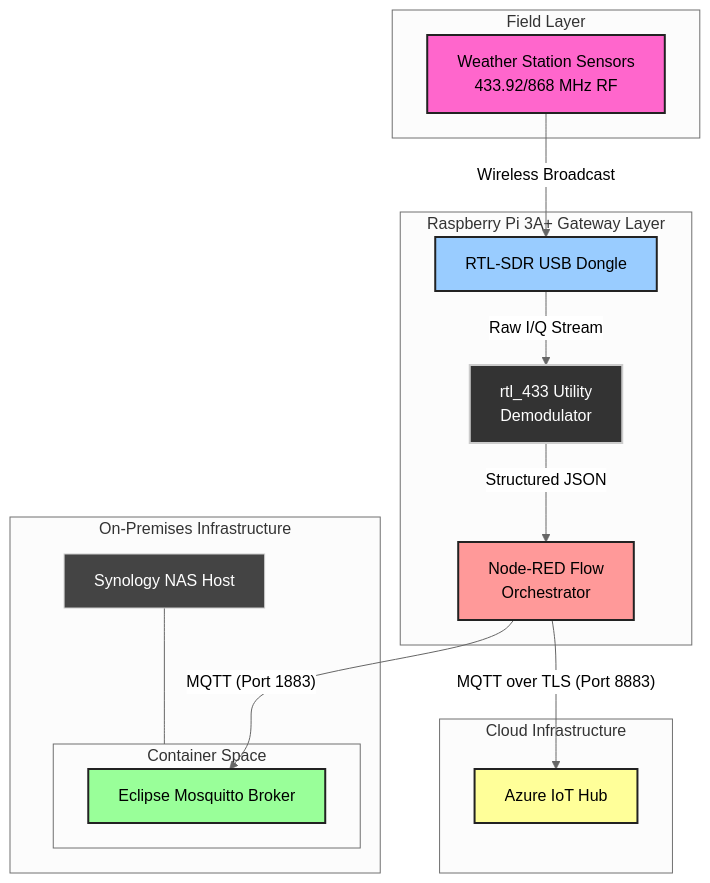
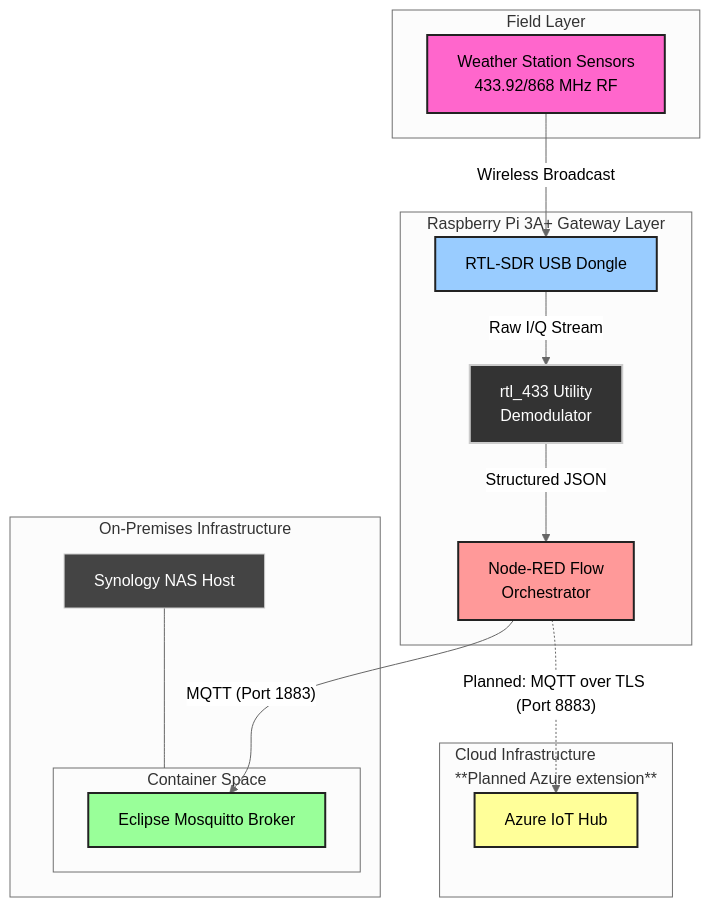
One commit to dkazubek/SDRGateway changed the diagram in README.md. Above: the diagram before and after it, drawn with Mermaid (neutral theme). The commit also changed other lines of this file and 1 other file, not shown here.

Commit message:
document: Add node-red-flow.jpg and update README.md.

````diff
--- a/README.md
+++ b/README.md
@@ -10,42 +12,42 @@
 ```mermaid
 graph TD
     subgraph Sensors [Field Layer]
         WS[Weather Station Sensors<br/>433.92/868 MHz RF]
     end
 
     subgraph Edge_Gateway [Raspberry Pi 3A+ Gateway Layer]
         SDR[RTL-SDR USB Dongle]
         RTL[rtl_433 Utility<br/>Demodulator]
         NR[Node-RED Flow<br/>Orchestrator]
 
         WS -- Wireless Broadcast --> SDR
         SDR -- Raw I/Q Stream --> RTL
         RTL -- Structured JSON --> NR
     end
 
     subgraph Local_Storage [On-Premises Infrastructure]
         NAS[Synology NAS Host]
         subgraph Docker_Engine [Container Space]
             MQ[Eclipse Mosquitto Broker]
         end
         NAS --- Docker_Engine
     end
 
-    subgraph Cloud_Storage [Cloud Infrastructure]
+    subgraph Cloud_Storage [Cloud Infrastructure</br>**Planned Azure extension**]
         AZ[Azure IoT Hub]
     end
 
     %% Data Pipeline Paths
     NR -- "MQTT (Port 1883)" --> MQ
-    NR -- "MQTT over TLS (Port 8883)" --> AZ
+    NR -. "Planned: MQTT over TLS (Port 8883)" .-> AZ
 
     %% High-Contrast Styling Realignment
     style WS fill:#ff66cc,stroke:#222,stroke-width:2px,color:#000000
     style SDR fill:#99ccff,stroke:#222,stroke-width:2px,color:#000000
     style RTL fill:#333333,stroke:#ccc,stroke-width:2px,color:#ffffff
     style NR fill:#ff9999,stroke:#222,stroke-width:2px,color:#000000
     style NAS fill:#444444,stroke:#ccc,stroke-width:1px,color:#ffffff
     style MQ fill:#99ff99,stroke:#222,stroke-width:2px,color:#000000
     style AZ fill:#ffff99,stroke:#222,stroke-width:2px,color:#000000
 
 ```
````
